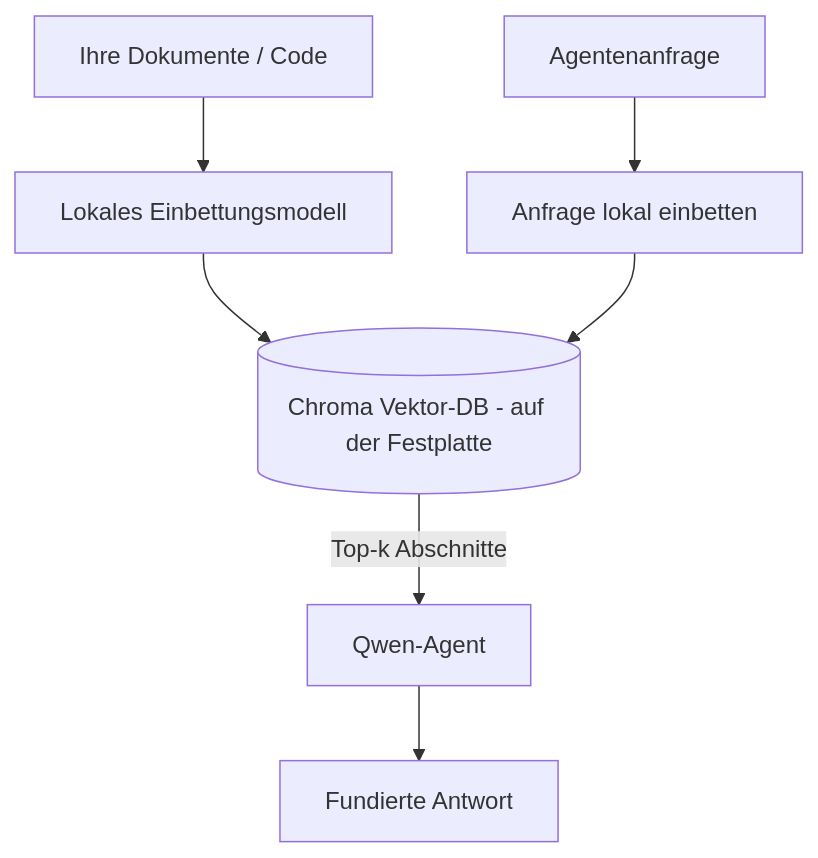
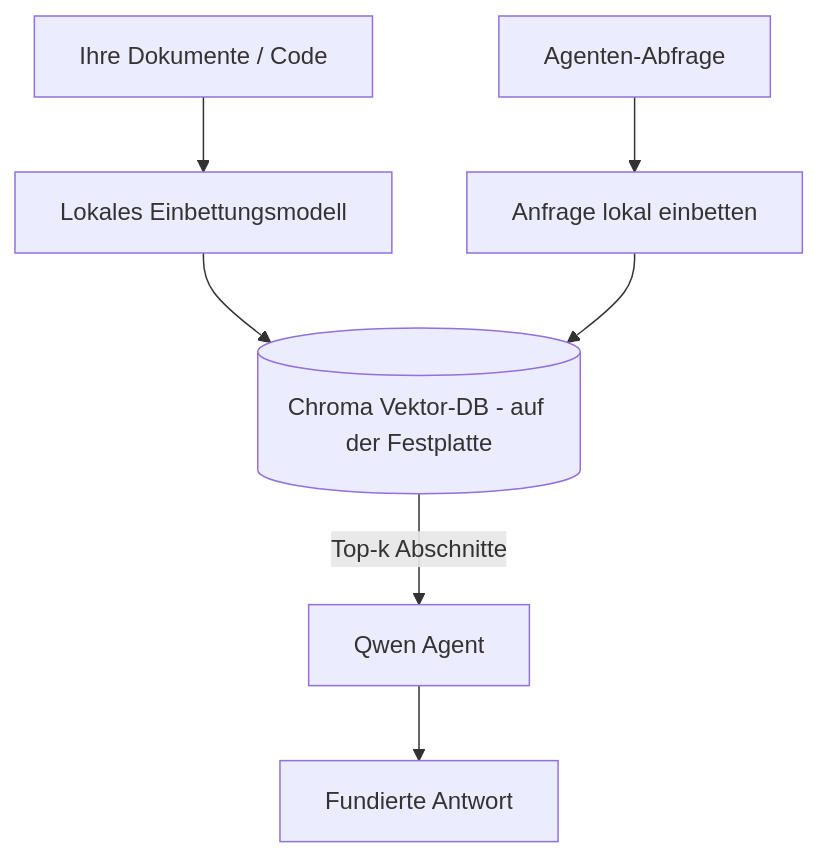
The third of 4 diagrams in translations/de/17-creating-local-ai-agents/README.md (microsoft/ai-agents-for-beginners), drawn with Mermaid before and after one commit. The commit also changed other lines of this file and 47 other files, not shown here.

````diff
--- a/translations/de/17-creating-local-ai-agents/README.md
+++ b/translations/de/17-creating-local-ai-agents/README.md
@@ -125,9 +125,9 @@
 ```mermaid
 flowchart TB
     D[Ihre Dokumente / Code] --> E[Lokales Einbettungsmodell]
     E --> V[(Chroma Vektor-DB - auf der Festplatte)]
-    Q[Agentenanfrage] --> QE[Anfrage lokal einbetten]
+    Q[Agenten-Abfrage] --> QE[Anfrage lokal einbetten]
     QE --> V
-    V -->|Top-k Abschnitte| A[Qwen-Agent]
+    V -->|Top-k Abschnitte| A[Qwen Agent]
     A --> Ans[Fundierte Antwort]
 ```
````
